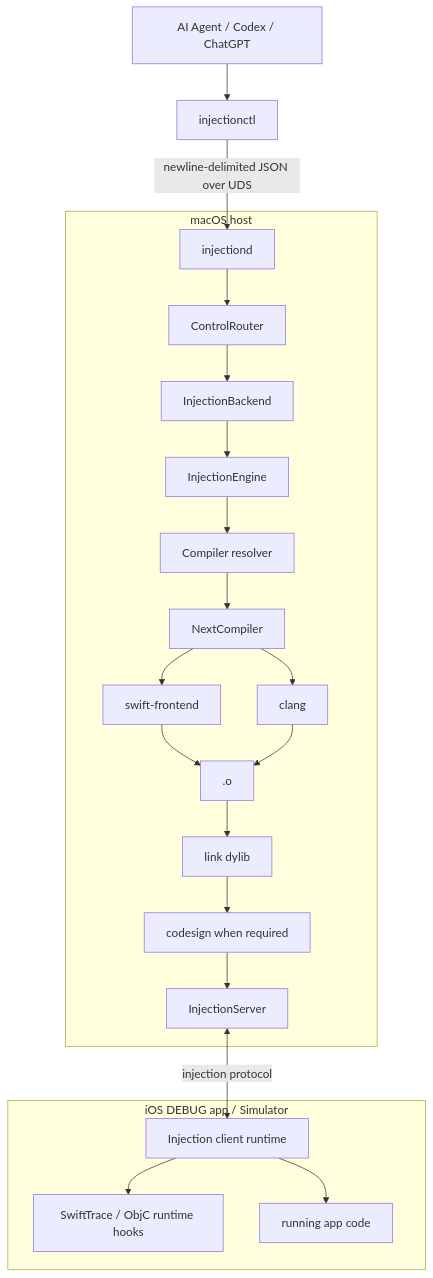
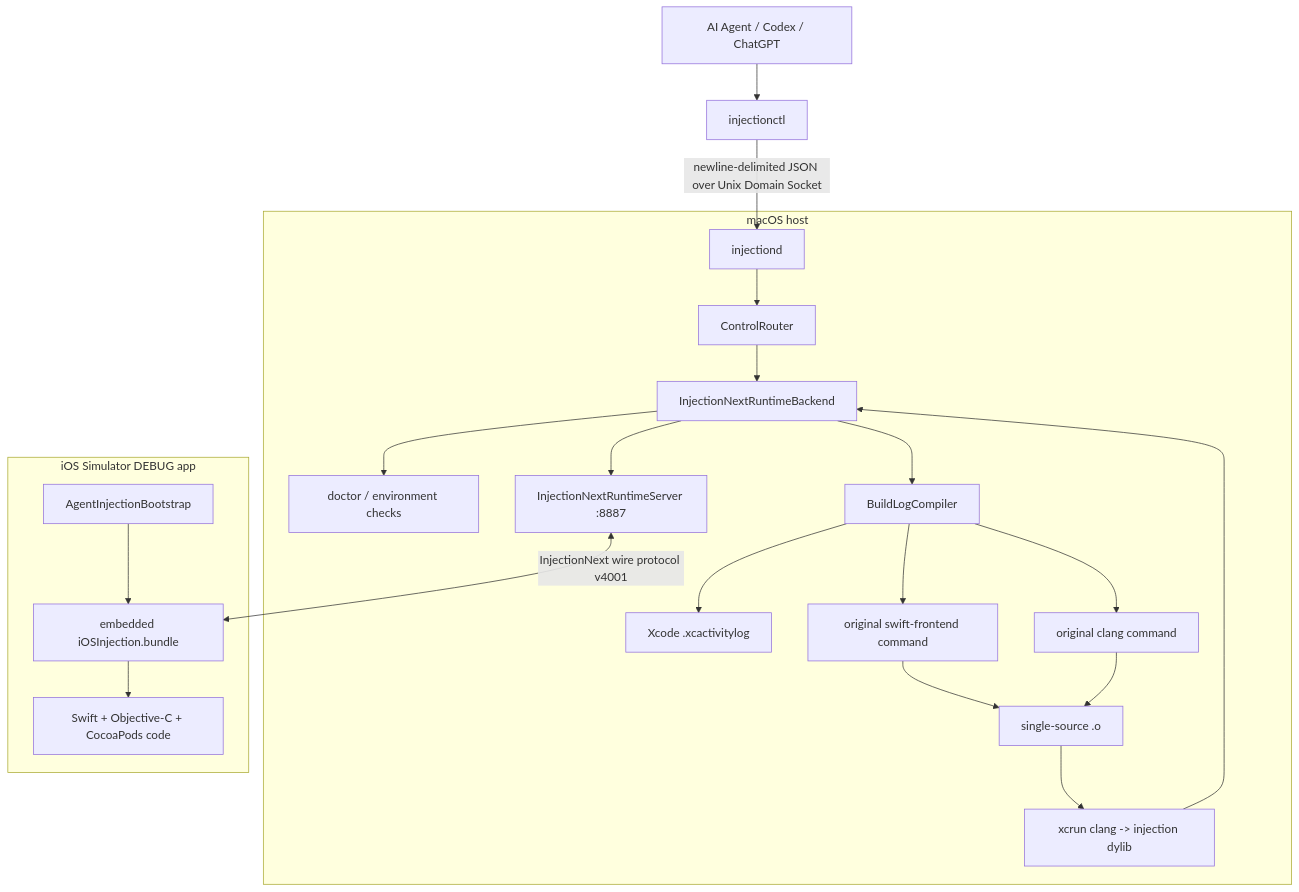
One commit to samstring/agentInjectionIII changed the diagram in docs/architecture.md. Above: the diagram before and after it, drawn with Mermaid. The commit also changed other lines of this file, not shown here.

Commit message:
Align architecture docs with headless runtime implementation

````diff
--- a/docs/architecture.md
+++ b/docs/architecture.md
@@ -5,32 +5,34 @@
 ```mermaid
 flowchart TD
     Agent["AI Agent / Codex / ChatGPT"] --> CLI["injectionctl"]
 
-    CLI -->|"newline-delimited JSON over UDS"| Daemon["injectiond"]
+    CLI -->|"newline-delimited JSON over Unix Domain Socket"| Daemon["injectiond"]
 
     subgraph Host["macOS host"]
         Daemon --> Router["ControlRouter"]
-        Router --> Backend["InjectionBackend"]
-        Backend --> Engine["InjectionEngine"]
-        Engine --> Resolver["Compiler resolver"]
-        Resolver --> Next["NextCompiler"]
-        Next --> Swift["swift-frontend"]
-        Next --> Clang["clang"]
-        Swift --> Object[".o"]
+        Router --> Backend["InjectionNextRuntimeBackend"]
+
+        Backend --> Doctor["doctor / environment checks"]
+        Backend --> Compiler["BuildLogCompiler"]
+        Compiler --> Logs["Xcode .xcactivitylog"]
+        Compiler --> Swift["original swift-frontend command"]
+        Compiler --> Clang["original clang command"]
+        Swift --> Object["single-source .o"]
         Clang --> Object
-        Object --> Link["link dylib"]
-        Link --> Sign["codesign when required"]
-        Sign --> Server["InjectionServer"]
+        Object --> Link["xcrun clang -> injection dylib"]
+
+        Backend --> RuntimeServer["InjectionNextRuntimeServer :8887"]
     end
 
-    subgraph Target["iOS DEBUG app / Simulator"]
-        Client["Injection client runtime"]
-        Trace["SwiftTrace / ObjC runtime hooks"]
-        App["running app code"]
+    subgraph Target["iOS Simulator DEBUG app"]
+        Bootstrap["AgentInjectionBootstrap"]
+        Runtime["embedded iOSInjection.bundle"]
+        App["Swift + Objective-C + CocoaPods code"]
 
-        Client --> App
-        Client --> Trace
+        Bootstrap --> Runtime
+        Runtime --> App
     end
 
-    Server <-->|"injection protocol"| Client
+    Link --> Backend
+    RuntimeServer <-->|"InjectionNext wire protocol v4001"| Runtime
 ```
````
